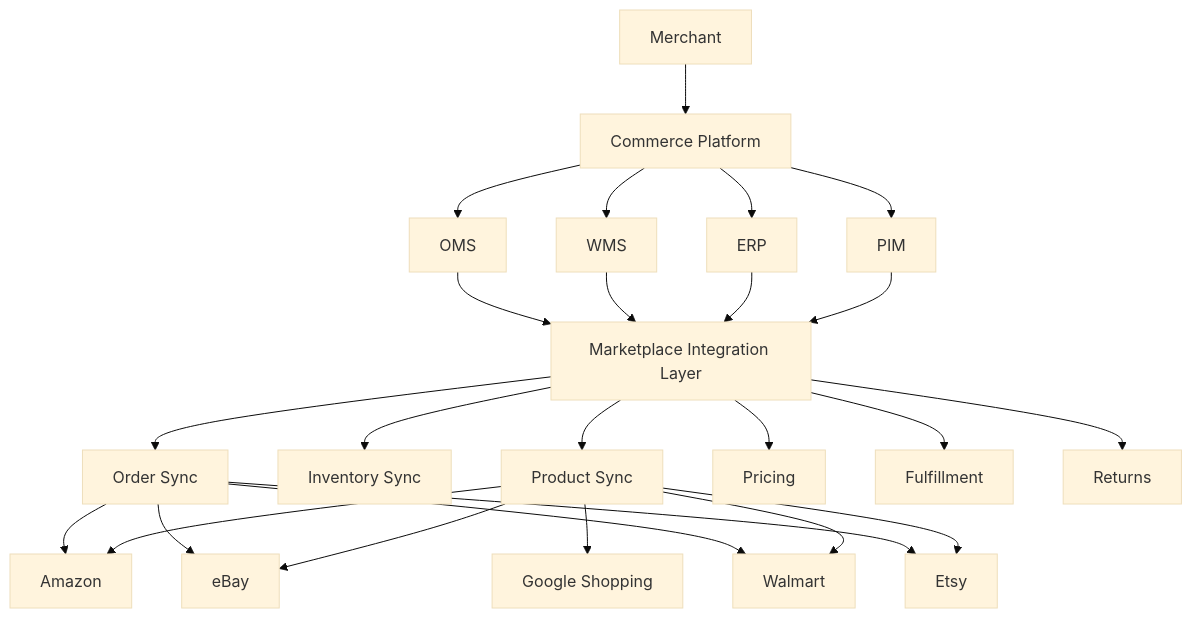
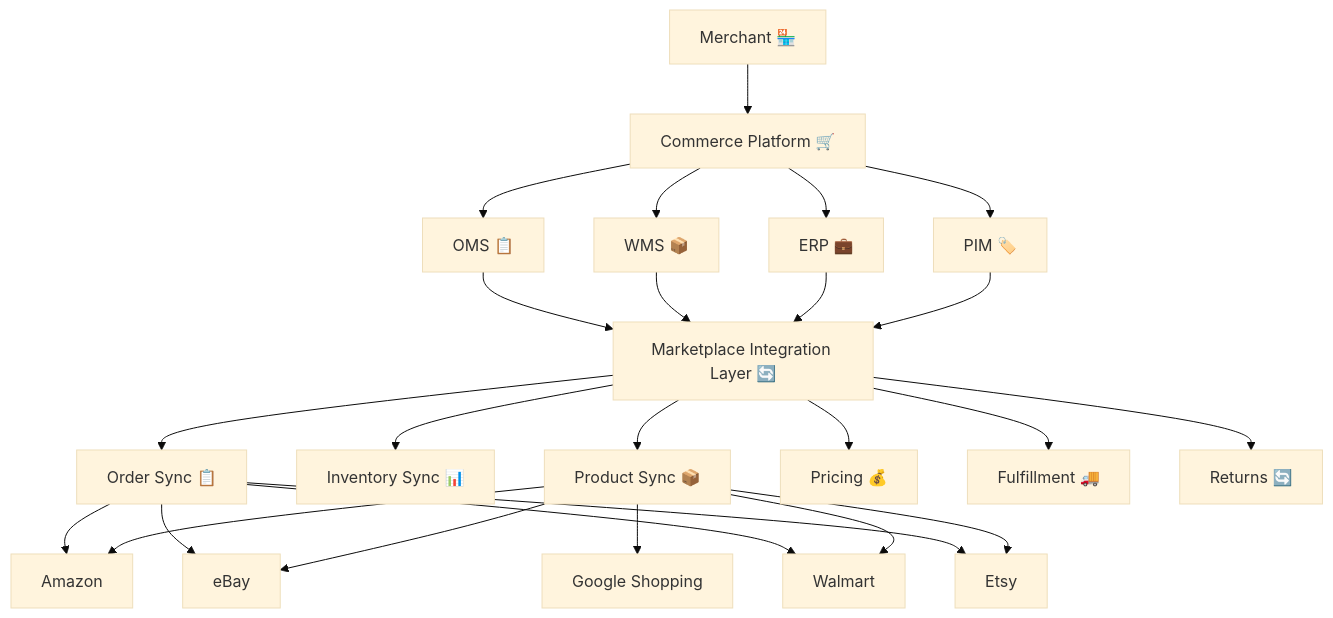
The first of 2 diagrams in README.md (ishandutta2007/Awesome-Marketplace-Integration-Platform), drawn with Mermaid (base theme) before and after one commit. The commit also changed other lines of this file and 1 other file, not shown here.

Commit message:
Enhance README with SaaS pricing/market size, open-source badges/stars, banner SVG, emojis, and community links

````diff
--- a/README.md
+++ b/README.md
@@ -459,33 +467,33 @@
 ```mermaid
 flowchart TD
 
-    A[Merchant] --> B[Commerce Platform]
+    A[Merchant 🏪] --> B[Commerce Platform 🛒]
 
-    B --> C[PIM]
-    B --> D[ERP]
-    B --> E[WMS]
-    B --> F[OMS]
+    B --> C[PIM 🏷️]
+    B --> D[ERP 💼]
+    B --> E[WMS 📦]
+    B --> F[OMS 📋]
 
-    C --> G[Marketplace Integration Layer]
+    C --> G[Marketplace Integration Layer 🔄]
     D --> G
     E --> G
     F --> G
 
-    G --> H[Product Sync]
-    G --> I[Inventory Sync]
-    G --> J[Order Sync]
-    G --> K[Pricing]
-    G --> L[Fulfillment]
-    G --> M[Returns]
+    G --> H[Product Sync 📦]
+    G --> I[Inventory Sync 📊]
+    G --> J[Order Sync 📋]
+    G --> K[Pricing 💰]
+    G --> L[Fulfillment 🚚]
+    G --> M[Returns 🔄]
 
     H --> N[Amazon]
     H --> O[eBay]
     H --> P[Walmart]
     H --> Q[Etsy]
     H --> R[Google Shopping]
 
     J --> N
     J --> O
     J --> P
     J --> Q
 ```
````
